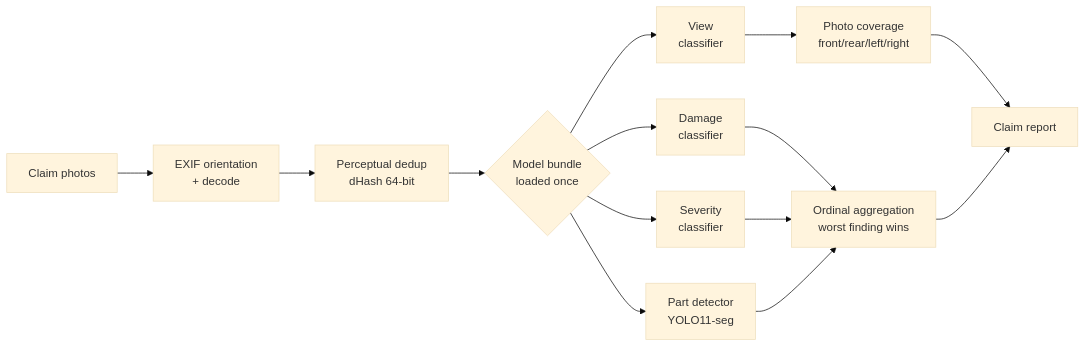
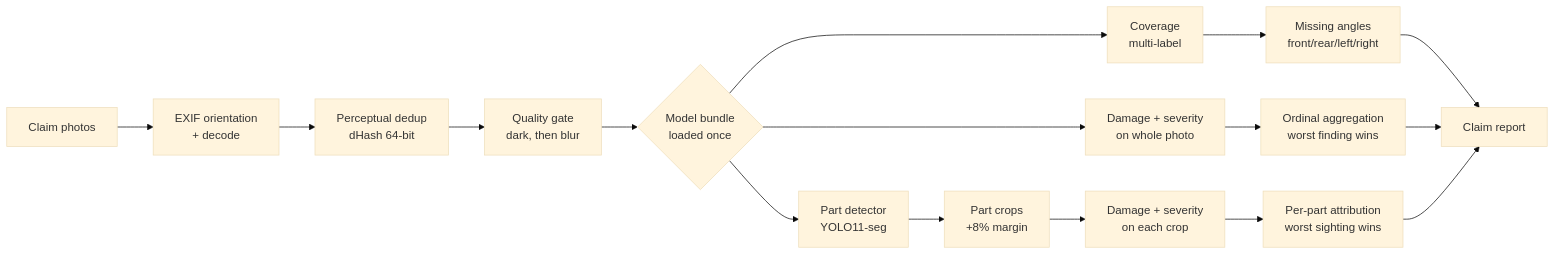
Before and after one commit to NCH04/Claimsight: the diagram in README.md, drawn with Mermaid (base theme). The commit also changed other lines of this file and 4 other files, not shown here.

````diff
--- a/README.md
+++ b/README.md
@@ -54,16 +92,18 @@
 ```mermaid
 flowchart LR
     A[Claim photos] --> B[EXIF orientation<br/>+ decode]
     B --> C[Perceptual dedup<br/>dHash 64-bit]
-    C --> D{Model bundle<br/>loaded once}
-    D --> E[View<br/>classifier]
-    D --> F[Damage<br/>classifier]
-    D --> G[Severity<br/>classifier]
+    C --> Q[Quality gate<br/>dark, then blur]
+    Q --> D{Model bundle<br/>loaded once}
+    D --> E[Coverage<br/>multi-label]
     D --> H[Part detector<br/>YOLO11-seg]
-    E --> I[Photo coverage<br/>front/rear/left/right]
+    D --> F[Damage + severity<br/>on whole photo]
+    H --> P[Part crops<br/>+8% margin]
+    P --> G[Damage + severity<br/>on each crop]
+    E --> I[Missing angles<br/>front/rear/left/right]
     F --> J[Ordinal aggregation<br/>worst finding wins]
-    G --> J
-    H --> J
+    G --> L[Per-part attribution<br/>worst sighting wins]
     I --> K[Claim report]
     J --> K
+    L --> K
 ```
````
